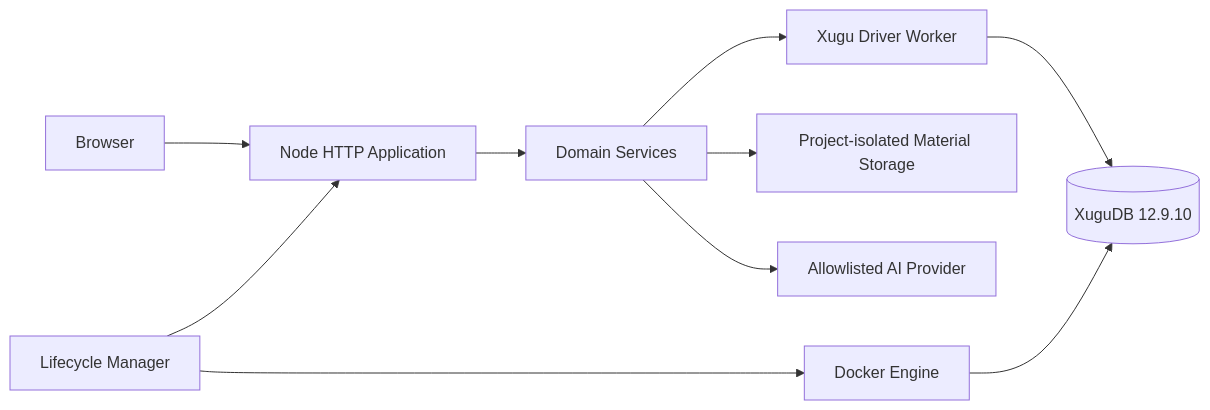
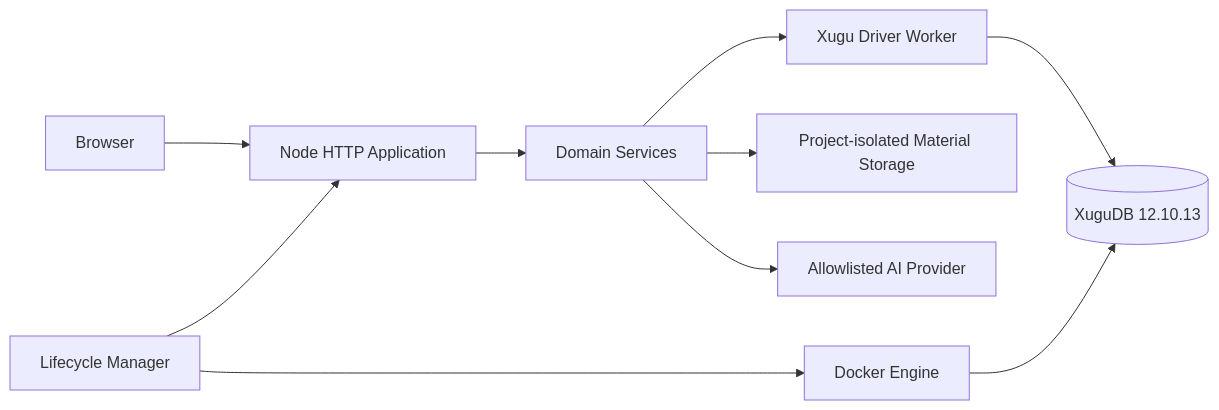
The first of 2 diagrams in .planning/design/system/ARCHITECTURE.md (FATELLS/ai-project-command-platform), drawn with Mermaid before and after one commit. The commit also changed 34 other files, not shown here.

````diff
--- a/.planning/design/system/ARCHITECTURE.md
+++ b/.planning/design/system/ARCHITECTURE.md
@@ -8,12 +8,12 @@
 ```mermaid
 flowchart LR
   B["Browser"] --> H["Node HTTP Application"]
   H --> S["Domain Services"]
   S --> W["Xugu Driver Worker"]
-  W --> X[("XuguDB 12.9.10")]
+  W --> X[("XuguDB 12.10.13")]
   S --> F["Project-isolated Material Storage"]
   S --> P["Allowlisted AI Provider"]
   M["Lifecycle Manager"] --> H
   M --> D["Docker Engine"]
   D --> X
 ```
````
